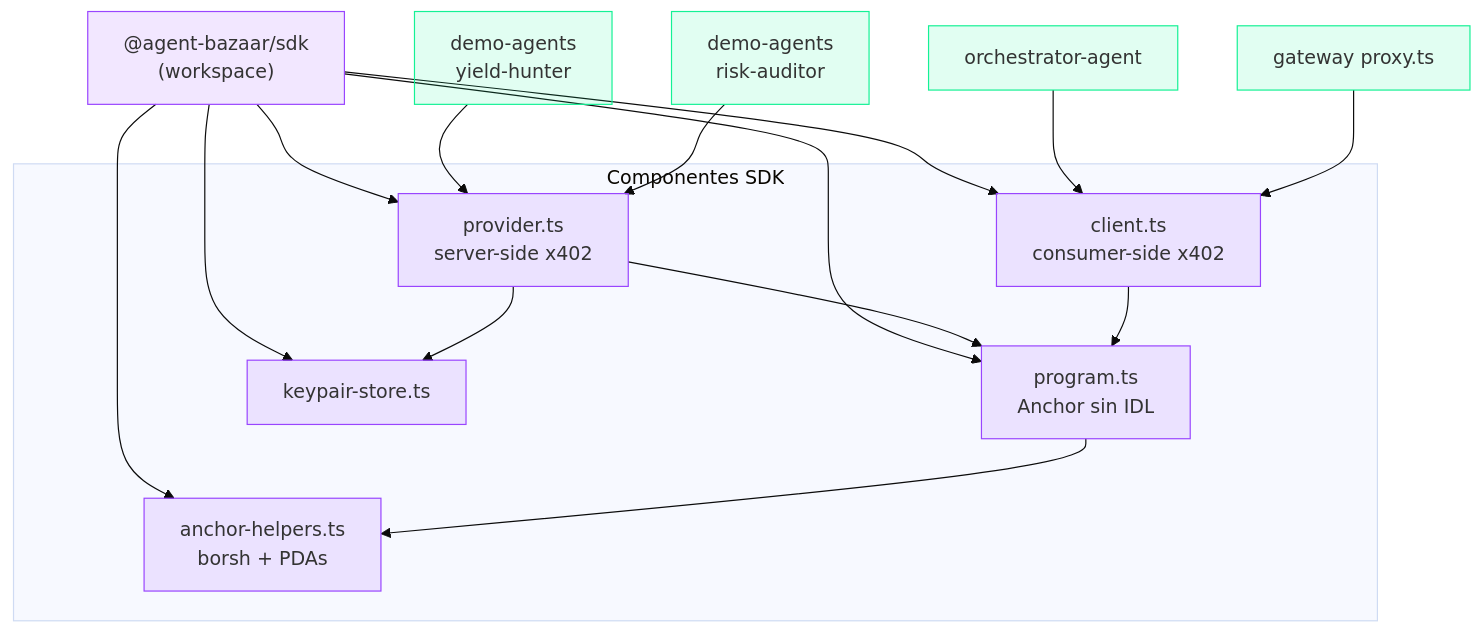
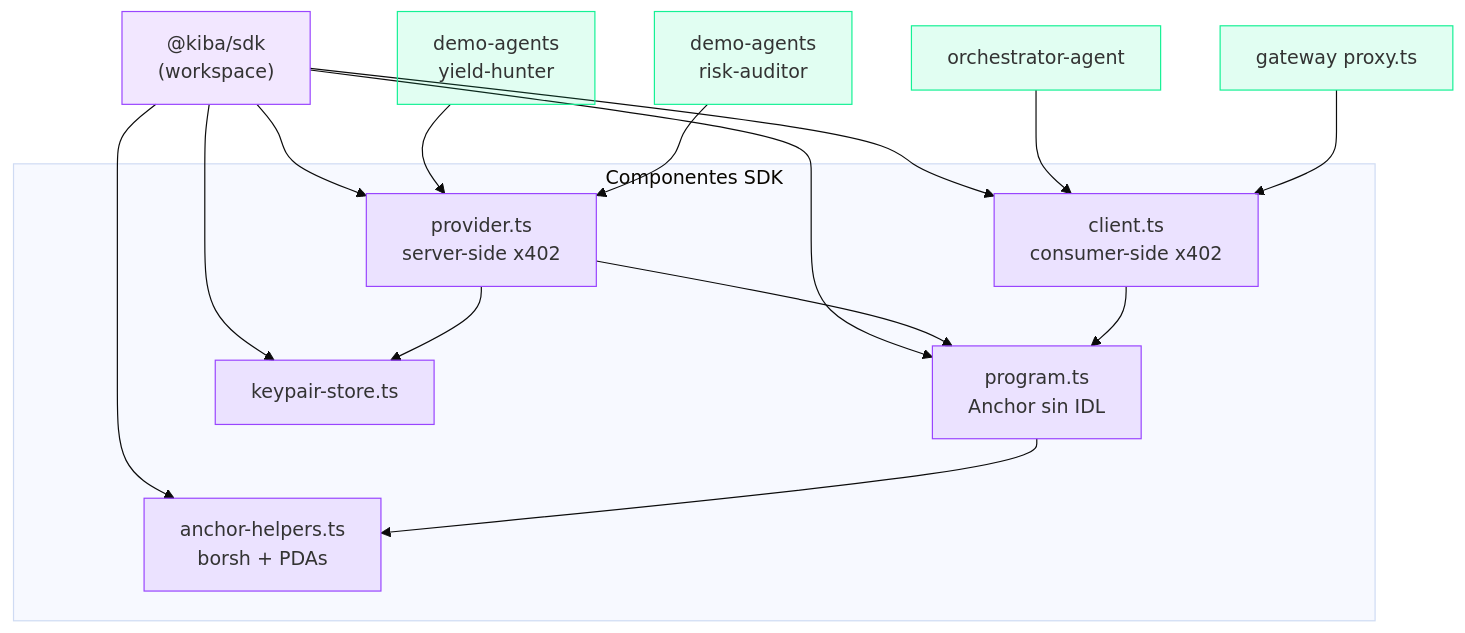
One commit to CoKeFish/kiba changed diagram 11 of 11 in docs/architecture.md. Above: the diagram before and after it, drawn with Mermaid (base theme). The commit also changed other lines of this file and 94 other files, not shown here.

First line of the commit message:
chore: rebrand agent-bazaar → kiba across the monorepo

````diff
--- a/docs/architecture.md
+++ b/docs/architecture.md
@@ -561,34 +561,34 @@
 ```mermaid
 flowchart TB
-    SDK["@agent-bazaar/sdk<br/>(workspace)"]
+    SDK["@kiba/sdk<br/>(workspace)"]
 
     subgraph componentes["Componentes SDK"]
         Prog[program.ts<br/>Anchor sin IDL]
         Prov[provider.ts<br/>server-side x402]
         Cli[client.ts<br/>consumer-side x402]
         Helpers[anchor-helpers.ts<br/>borsh + PDAs]
         KS[keypair-store.ts]
     end
 
     SDK --> Prog
     SDK --> Prov
     SDK --> Cli
     SDK --> Helpers
     SDK --> KS
 
     Prog --> Helpers
     Prov --> Prog
     Prov --> KS
     Cli --> Prog
 
     A1[demo-agents<br/>yield-hunter] --> Prov
     A2[demo-agents<br/>risk-auditor] --> Prov
     ORCH[orchestrator-agent] --> Cli
     GW[gateway proxy.ts] --> Cli
 
     classDef sdk fill:#9945FF20,stroke:#9945FF
     classDef consumer fill:#14F19520,stroke:#14F195
 
     class SDK,Prog,Prov,Cli,Helpers,KS sdk
     class A1,A2,ORCH,GW consumer
 ```
````
